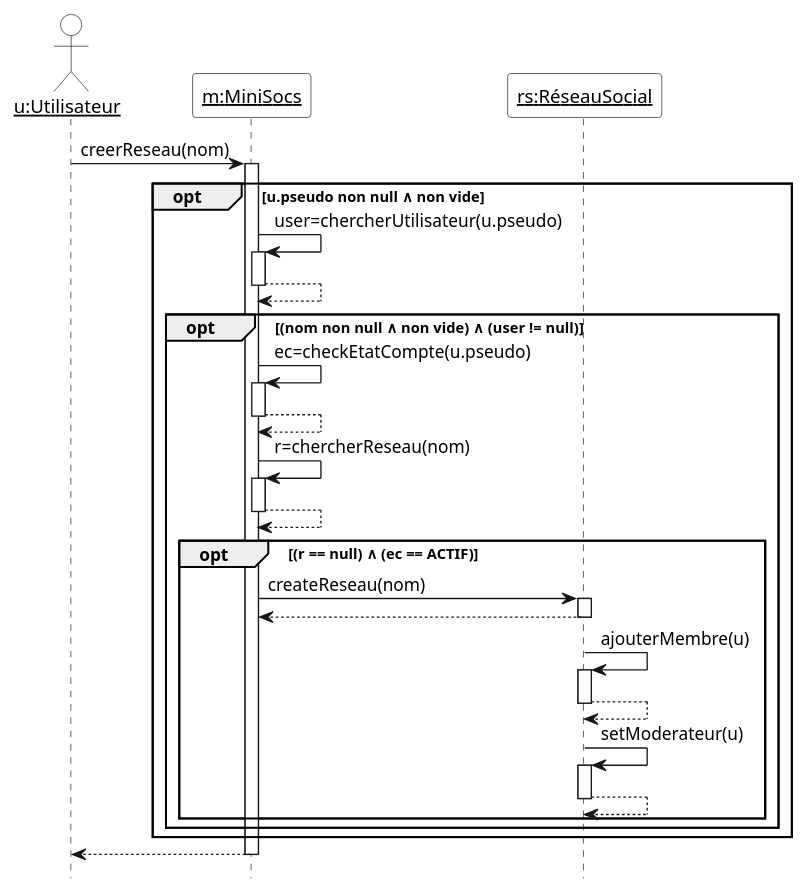
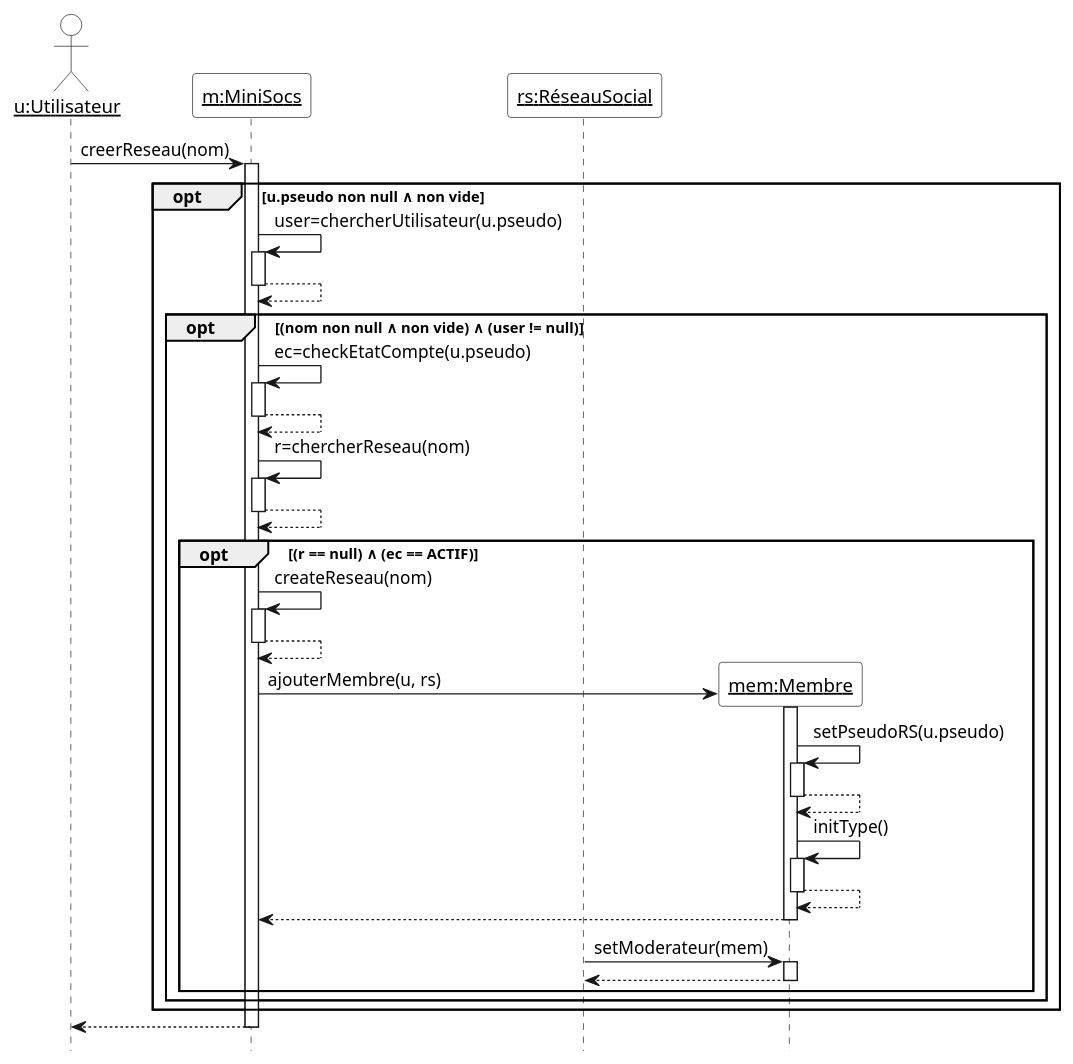
Before and after one commit to ThELud0/Minisocs: the diagram in Diagrammes/minisocs_uml_diag_seq_creer_reseau.pu, drawn with PlantUML. The commit also changed 2 other files, not shown here.

Commit message:
ajout classe membre à diag seq creer reseau

```diff
--- a/Diagrammes/minisocs_uml_diag_seq_creer_reseau.pu
+++ b/Diagrammes/minisocs_uml_diag_seq_creer_reseau.pu
@@ -1,38 +1,45 @@
 @startuml
 
 'Diagramme de séquence (PlantUML)'
 
 'Configuration charte graphique'
 hide footbox
 skinparam sequenceParticipantBackgroundColor White
 skinparam sequenceActorBackgroundColor White
 
 'Déclaration des acteurs et des participants (déjà existants avant la séquence)'
 
 actor "__u:Utilisateur__" as u
 participant "__m:MiniSocs__" as m
 participant "__rs:RéseauSocial__" as rs
 
 'Séquence avec les messages, les créations de participants, etc.'
 
 u -> m ++ : creerReseau(nom)
 opt u.pseudo non null ∧ non vide
 m -> m ++ : user=chercherUtilisateur(u.pseudo)
 return
 opt (nom non null ∧ non vide) ∧ (user != null)
 m -> m ++ : ec=checkEtatCompte(u.pseudo)
 return
 m -> m ++ : r=chercherReseau(nom)
 return
 opt (r == null) ∧ (ec == ACTIF)
-m -> rs ++ : createReseau(nom)
+m -> m ++ : createReseau(nom)
 return
-rs -> rs ++ : ajouterMembre(u)
+create "__mem:Membre__" as mem
+m -> "__mem:Membre__" as mem ++ : ajouterMembre(u, rs)
+mem -> mem ++ : setPseudoRS(u.pseudo)
 return
-rs -> rs ++ : setModerateur(u)
+mem -> mem ++ : initType()
 return
+return
+
+rs -> "__mem:Membre__" as mem ++ : setModerateur(mem)
+return
+
 end
 end
 end
 return
 @enduml
```
